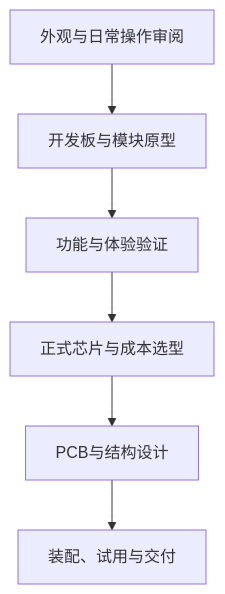
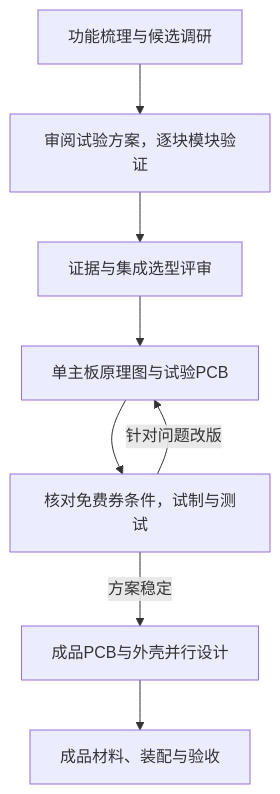
Before and after one commit to yigencong-1/record-companion: the diagram in README.md, drawn with Mermaid. The commit also changed other lines of this file and 9 other files, not shown here.

```diff
--- a/README.md
+++ b/README.md
@@ -44,8 +44,10 @@
 ~~~mermaid
 flowchart TD
-    A["外观与日常操作审阅"] --> B["开发板与模块原型"]
-    B --> C["功能与体验验证"]
-    C --> D["正式芯片与成本选型"]
-    D --> E["PCB与结构设计"]
-    E --> F["装配、试用与交付"]
+    A["功能梳理与候选调研"] --> B["审阅试验方案，逐块模块验证"]
+    B --> C["证据与集成选型评审"]
+    C --> D["单主板原理图与试验PCB"]
+    D --> E["核对免费券条件，试制与测试"]
+    E -->|"针对问题改版"| D
+    E -->|"方案稳定"| F["成品PCB与外壳并行设计"]
+    F --> G["成品材料、装配与验收"]
 ~~~
```
